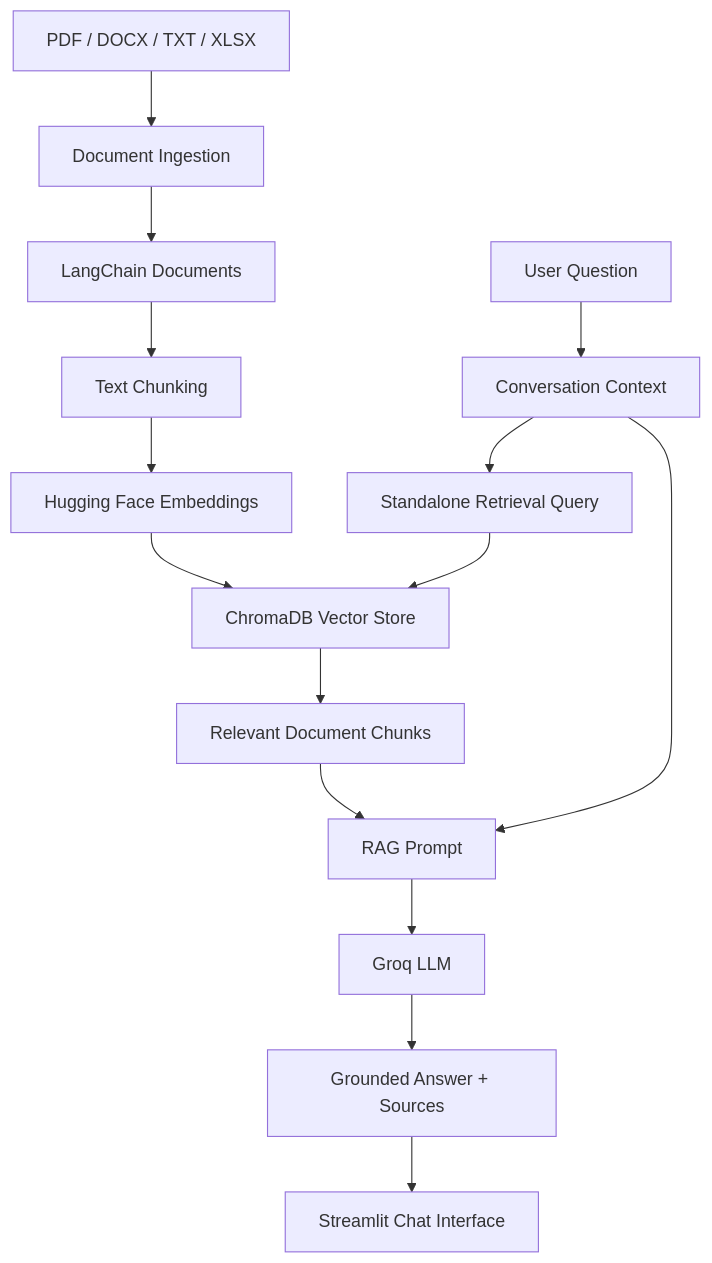
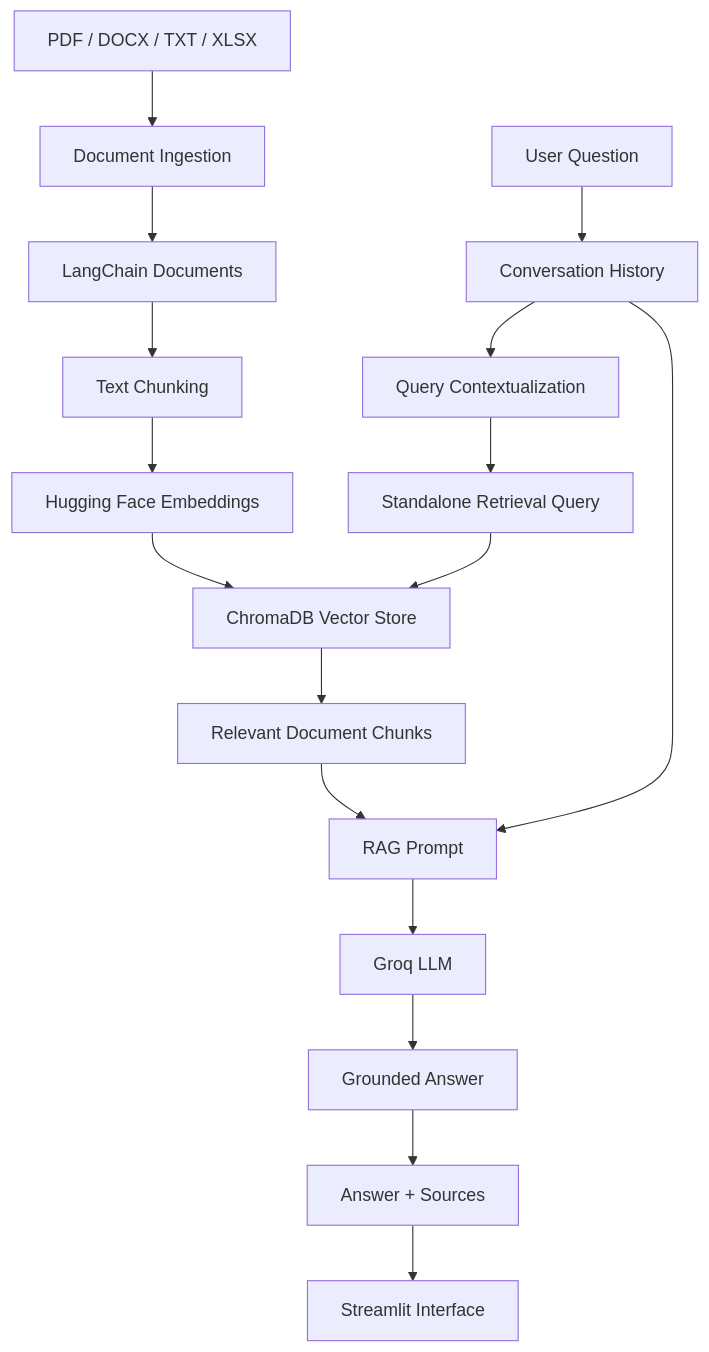
The diagram in README.md (warishasijil/rag-document-chatbot), drawn with Mermaid before and after one commit. The commit also changed other lines of this file and 23 other files, not shown here.

````diff
--- a/README.md
+++ b/README.md
@@ -41,21 +41,22 @@
 ```mermaid
 flowchart TD
-
     A[PDF / DOCX / TXT / XLSX] --> B[Document Ingestion]
     B --> C[LangChain Documents]
     C --> D[Text Chunking]
     D --> E[Hugging Face Embeddings]
     E --> F[ChromaDB Vector Store]
 
-    G[User Question] --> H[Conversation Context]
-    H --> I[Standalone Retrieval Query]
-    I --> F
+    G[User Question] --> H[Conversation History]
+    H --> I[Query Contextualization]
+    I --> J[Standalone Retrieval Query]
+    J --> F
 
-    F --> J[Relevant Document Chunks]
-    J --> K[RAG Prompt]
+    F --> K[Relevant Document Chunks]
+    K --> L[RAG Prompt]
+    H --> L
 
-    H --> K
-    K --> L[Groq LLM]
-    L --> M[Grounded Answer + Sources]
-    M --> N[Streamlit Chat Interface]
+    L --> M[Groq LLM]
+    M --> N[Grounded Answer]
+    N --> O[Answer + Sources]
+    O --> P[Streamlit Interface]
 ```
````
